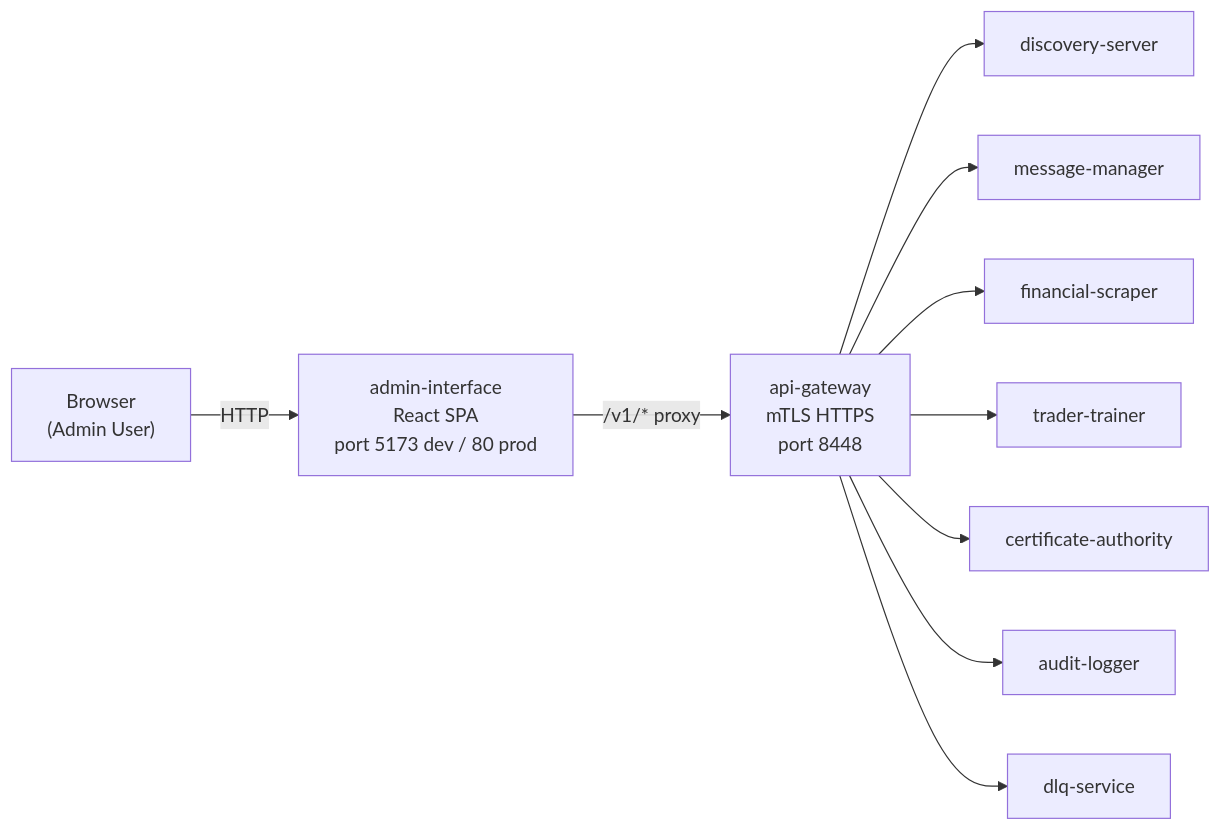
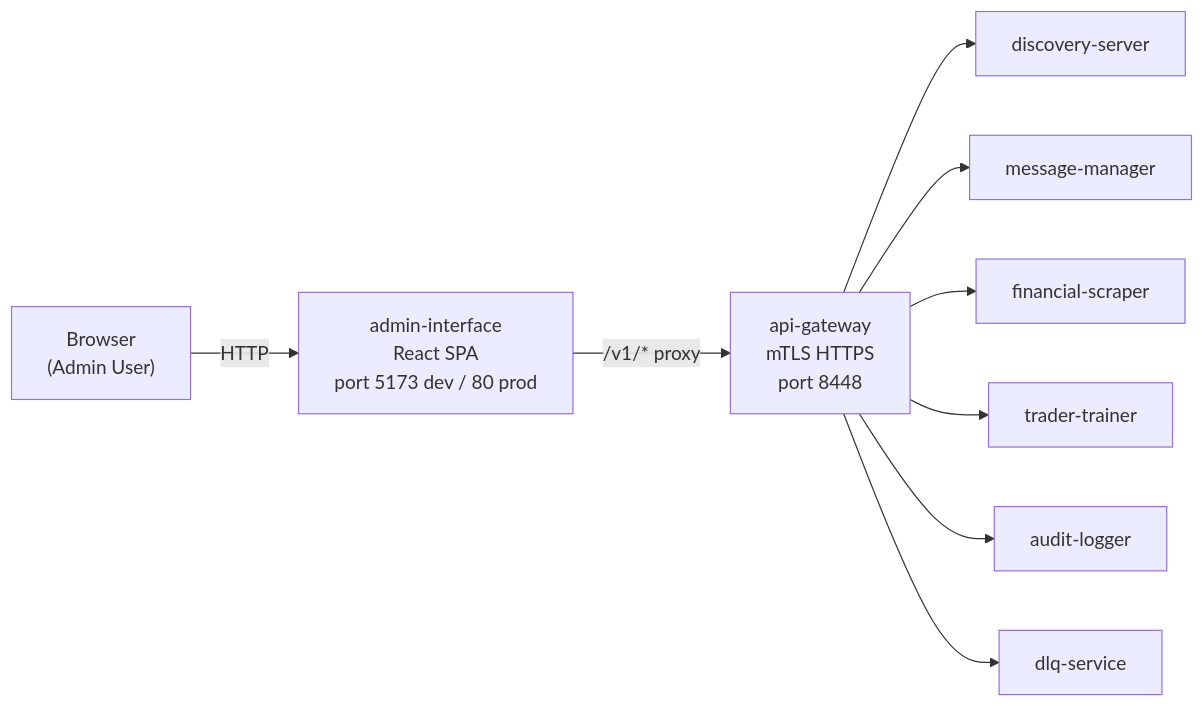
The first of 2 diagrams in services/admin-interface/ARCHITECTURE.md (docteur-turboss/trading-model), drawn with Mermaid before and after one commit. The commit also changed other lines of this file and 23 other files, not shown here.

````diff
--- a/services/admin-interface/ARCHITECTURE.md
+++ b/services/admin-interface/ARCHITECTURE.md
@@ -9,23 +9,21 @@
 ```mermaid
 graph LR
     Browser["Browser<br/>(Admin User)"]
     Admin["admin-interface<br/>React SPA<br/>port 5173 dev / 80 prod"]
     GW["api-gateway<br/>mTLS HTTPS<br/>port 8448"]
     DS["discovery-server"]
     MM["message-manager"]
     FS["financial-scraper"]
     TT["trader-trainer"]
-    CA["certificate-authority"]
     AL["audit-logger"]
     DLQ["dlq-service"]
 
     Browser -->|HTTP| Admin
     Admin -->|/v1/* proxy| GW
     GW --> DS
     GW --> MM
     GW --> FS
     GW --> TT
-    GW --> CA
     GW --> AL
     GW --> DLQ
 ```
````
